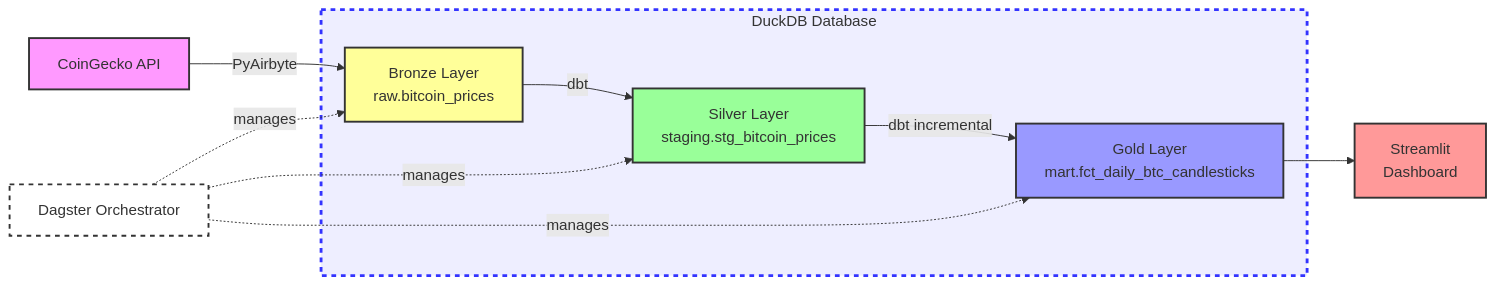
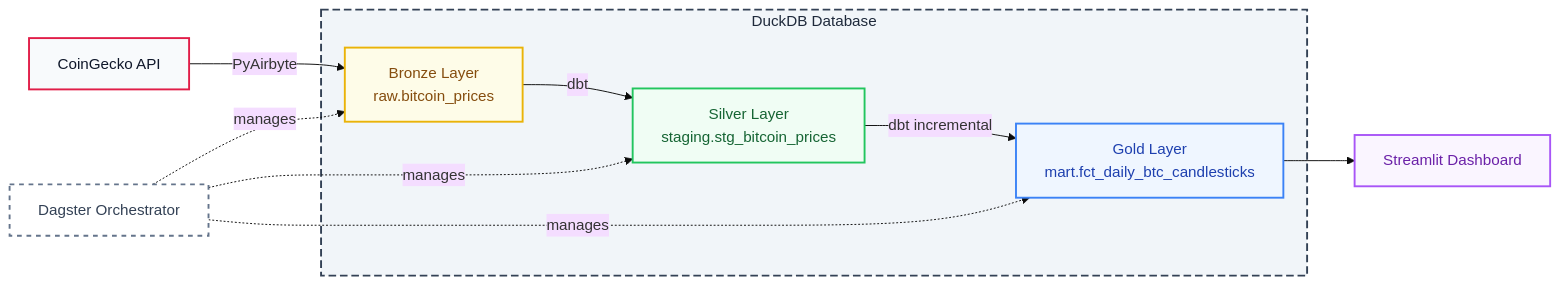
One commit to mohamed-boughattas/crypto-elt-pipeline changed the diagram in README.md. Above: the diagram before and after it, drawn with Mermaid.

Commit message:
docs: optimize architecture diagram for GitHub light/dark mode compatibility

````diff
--- a/README.md
+++ b/README.md
@@ -59,25 +59,36 @@
 ```mermaid
+%%{init: {'theme': 'base', 'themeVariables': { 'fontFamily': 'ui-sans-serif, system-ui, sans-serif' }}}%%
 graph LR
-    A[CoinGecko API] -->|PyAirbyte| B[Bronze Layer<br/>raw.bitcoin_prices]
-    B -->|dbt| C[Silver Layer<br/>staging.stg_bitcoin_prices]
-    C -->|dbt incremental| D[Gold Layer<br/>mart.fct_daily_btc_candlesticks]
-    D --> E[Streamlit<br/>Dashboard]
+    A[CoinGecko API] -->|PyAirbyte| B
+    B -->|dbt| C
+    C -->|dbt incremental| D
+    D --> E[Streamlit Dashboard]
 
     F[Dagster Orchestrator] -.->|manages| B
     F -.->|manages| C
     F -.->|manages| D
 
-    subgraph DuckDB["DuckDB Database"]
-        B
-        C
-        D
+    subgraph DuckDB ["DuckDB Database"]
+        B[Bronze Layer<br/>raw.bitcoin_prices]
+        C[Silver Layer<br/>staging.stg_bitcoin_prices]
+        D[Gold Layer<br/>mart.fct_daily_btc_candlesticks]
     end
 
-    style A fill:#f9f,stroke:#333,stroke-width:2px
-    style B fill:#ff9,stroke:#333,stroke-width:2px
-    style C fill:#9f9,stroke:#333,stroke-width:2px
-    style D fill:#99f,stroke:#333,stroke-width:2px
-    style E fill:#f99,stroke:#333,stroke-width:2px
-    style F fill:#fff,stroke:#333,stroke-width:2px,stroke-dasharray: 5 5
-    style DuckDB fill:#eef,stroke:#33f,stroke-width:3px,stroke-dasharray: 5 5
+    %% Class Definitions: Neutral backgrounds with high-contrast borders
+    classDef external fill:#f8fafc,stroke:#e11d48,stroke-width:2px,color:#0f172a
+    classDef bronze fill:#fefce8,stroke:#eab308,stroke-width:2px,color:#854d0e
+    classDef silver fill:#f0fdf4,stroke:#22c55e,stroke-width:2px,color:#166534
+    classDef gold fill:#eff6ff,stroke:#3b82f6,stroke-width:2px,color:#1e40af
+    classDef dashboard fill:#faf5ff,stroke:#a855f7,stroke-width:2px,color:#6b21a8
+    classDef orchestrator fill:#ffffff,stroke:#64748b,stroke-width:2px,stroke-dasharray: 5 5,color:#334155
+    classDef database fill:#f1f5f9,stroke:#334155,stroke-width:2px,stroke-dasharray: 8 4,color:#1e293b
+
+    %% Apply Classes
+    class A external
+    class B bronze
+    class C silver
+    class D gold
+    class E dashboard
+    class F orchestrator
+    class DuckDB database
 ```
````
